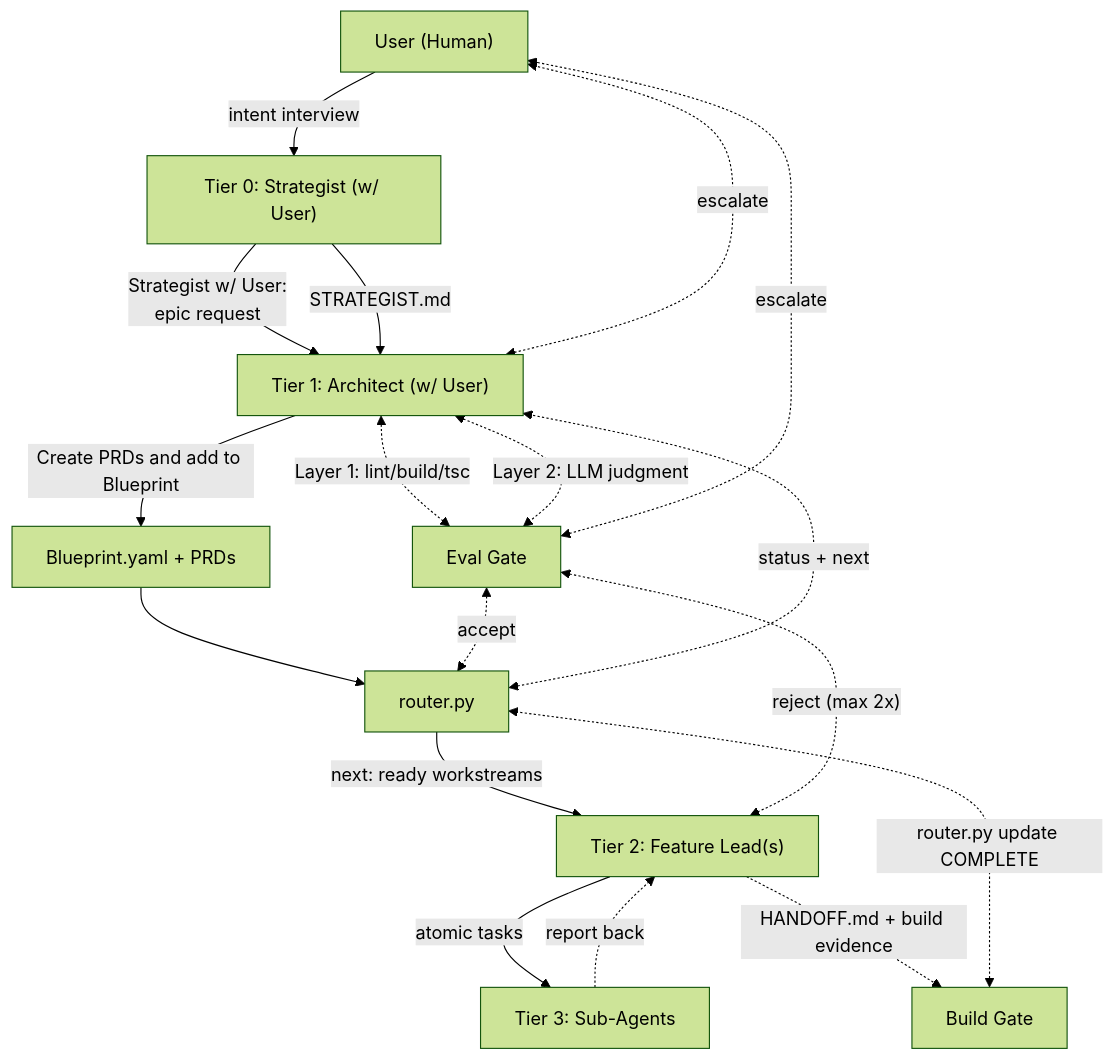
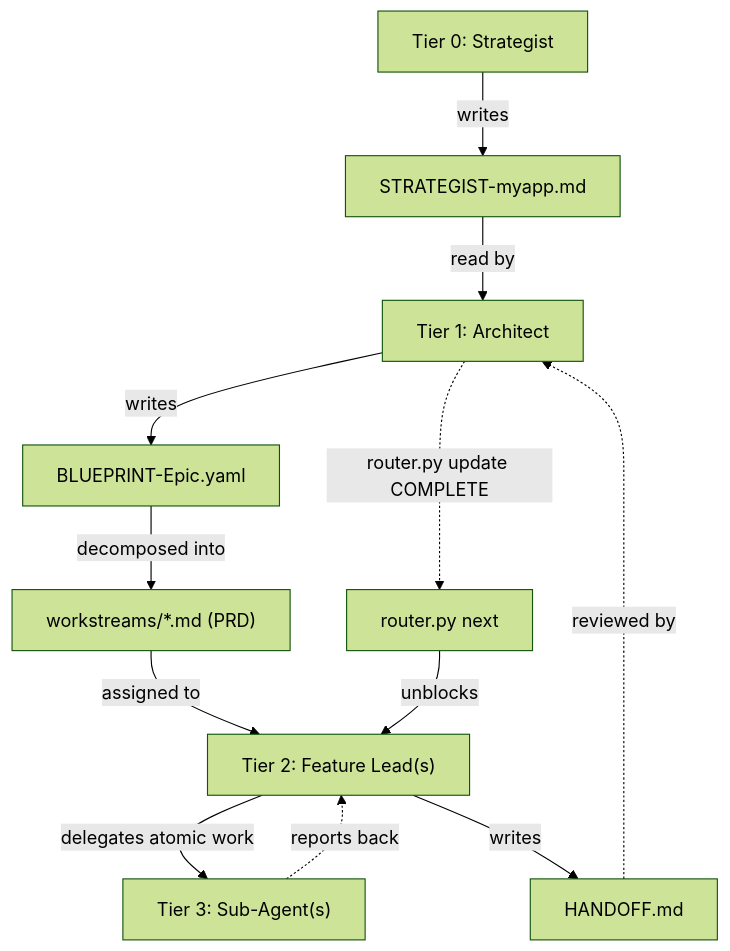
One commit to shi503/fractal-agent-system changed the diagram in README.md. Above: the diagram before and after it, drawn with Mermaid (forest theme). The commit also changed other lines of this file, not shown here.

Commit message:
feat(ws-25): redraw the architecture diagram over the artifact chain
Closes GAP-07 of the P5 docs-onboarding gap inventory.

The gap inventory recorded 'no diagram'. That premise was wrong — a mermaid
graph already existed under ## Architecture. Its defect was vocabulary: it
named STRATEGIST.md, a merged 'Blueprint.yaml + PRDs' node, and Build Gate /
Eval Gate nodes that appear nowhere else in the README.

Revised in place rather than adding a second diagram:
- Nodes renamed to the exact five-step artifact chain the README now teaches.
- The four tier nodes kept; User / Build Gate / Eval Gate dropped as unused
  vocabulary. 9 nodes, down from 12.
- One lead-in line states the relationship prose kept failing to carry: tiers
  are who, the artifact chain is what appears.

The linear ASCII chain under 'How It Works' is left untouched — different
section, different job, so the two do not duplicate each other.

````diff
--- a/README.md
+++ b/README.md
@@ -164,32 +166,25 @@
 ```mermaid
 graph TB
-    %% ── Left column: Delegation flows DOWN ──
-    User["User (Human)"]
-    Strategist["Tier 0: Strategist (w/ User)"]
-    Architect["Tier 1: Architect (w/ User)"]
-    Router["router.py"]
-    BlueprintPRDs["Blueprint.yaml + PRDs"]
+    Strategist["Tier 0: Strategist"]
+    Architect["Tier 1: Architect"]
     FeatureLeads["Tier 2: Feature Lead(s)"]
-    SubAgents["Tier 3: Sub-Agents"]
+    SubAgents["Tier 3: Sub-Agent(s)"]
 
-    User -->|"intent interview"| Strategist
-    Strategist -->|"Strategist w/ User:
-    epic request"| Architect
-    Strategist -->|"STRATEGIST.md"| Architect
-    Architect -->|"Create PRDs and add to Blueprint"| BlueprintPRDs
-    BlueprintPRDs --> Router
-    Router -->|"next: ready workstreams"| FeatureLeads
-    FeatureLeads -->|"atomic tasks"| SubAgents
+    S["STRATEGIST-myapp.md"]
+    B["BLUEPRINT-Epic.yaml"]
+    P["workstreams/*.md (PRD)"]
+    H["HANDOFF.md"]
+    R["router.py next"]
 
-    %% ── Right column: Validation flows UP ──
-    SubAgents -.->|"report back"| FeatureLeads
-    FeatureLeads -.->|"HANDOFF.md + build evidence"| HandoffGate["Build Gate"]
-    HandoffGate <-.->|"router.py update COMPLETE"| Router
-    Router <-.->|"status + next"| Architect
-    Architect <-.->|"Layer 1: lint/build/tsc"| EvalGate["Eval Gate"]
-    Architect <-.->|"Layer 2: LLM judgment"| EvalGate
-    EvalGate <-.->|"accept"| Router
-    EvalGate <-.->|"reject (max 2x)"| FeatureLeads
-    EvalGate <-.->|"escalate"| User
-    Architect <-.->|"escalate"| User
+    Strategist -->|writes| S
+    S -->|read by| Architect
+    Architect -->|writes| B
+    B -->|decomposed into| P
+    P -->|assigned to| FeatureLeads
+    FeatureLeads -->|delegates atomic work| SubAgents
+    SubAgents -.->|reports back| FeatureLeads
+    FeatureLeads -->|writes| H
+    H -.->|reviewed by| Architect
+    Architect -.->|router.py update COMPLETE| R
+    R -->|unblocks| FeatureLeads
 ```
````
